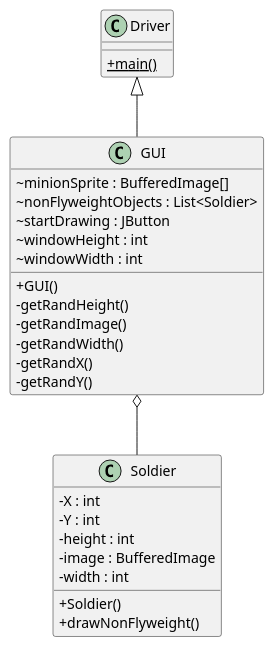
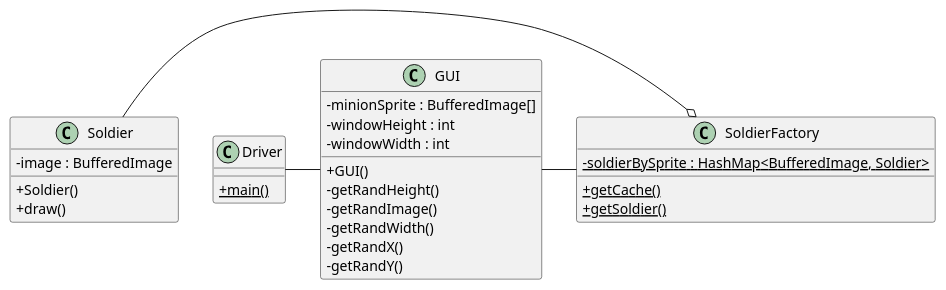
The diagram in out/production/flyWeight/src.plantuml (Mahoney0101/FlyweightPatternExample1), drawn with PlantUML before and after one commit. The commit also changed 9 other files, not shown here.

```diff
--- a/out/production/flyWeight/src.plantuml
+++ b/out/production/flyWeight/src.plantuml
@@ -1,35 +1,37 @@
 @startuml
-
 skinparam  classAttributeIconSize 0
 
     class Driver {
         {static} + main()
     }
 
     class GUI {
-        ~ minionSprite : BufferedImage[]
-        ~ nonFlyweightObjects : List<Soldier>
-        ~ startDrawing : JButton
-        ~ windowHeight : int
-        ~ windowWidth : int
+        - minionSprite : BufferedImage[]
+        - windowHeight : int
+        - windowWidth : int
         + GUI()
         - getRandHeight()
         - getRandImage()
         - getRandWidth()
         - getRandX()
         - getRandY()
     }
 
     class Soldier {
-        - X : int
-        - Y : int
-        - height : int
         - image : BufferedImage
-        - width : int
         + Soldier()
-        + drawNonFlyweight()
+        + draw()
     }
 
-  GUI -up-|> Driver
-  GUI o-- Soldier
+    class SoldierFactory {
+        {static} - soldierBySprite : HashMap<BufferedImage, Soldier>
+        {static} + getCache()
+        {static} + getSoldier()
+    }
+  
+
+  GUI -left- Driver
+  Soldier -right-o SoldierFactory
+  SoldierFactory -left- GUI
+
 @enduml
```
